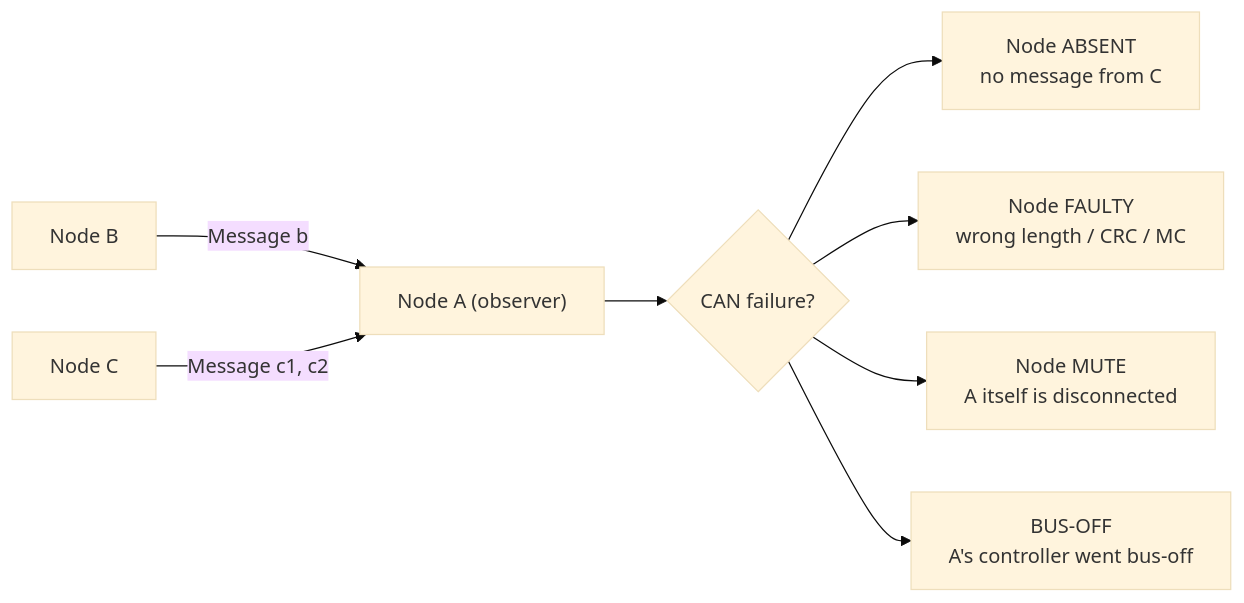
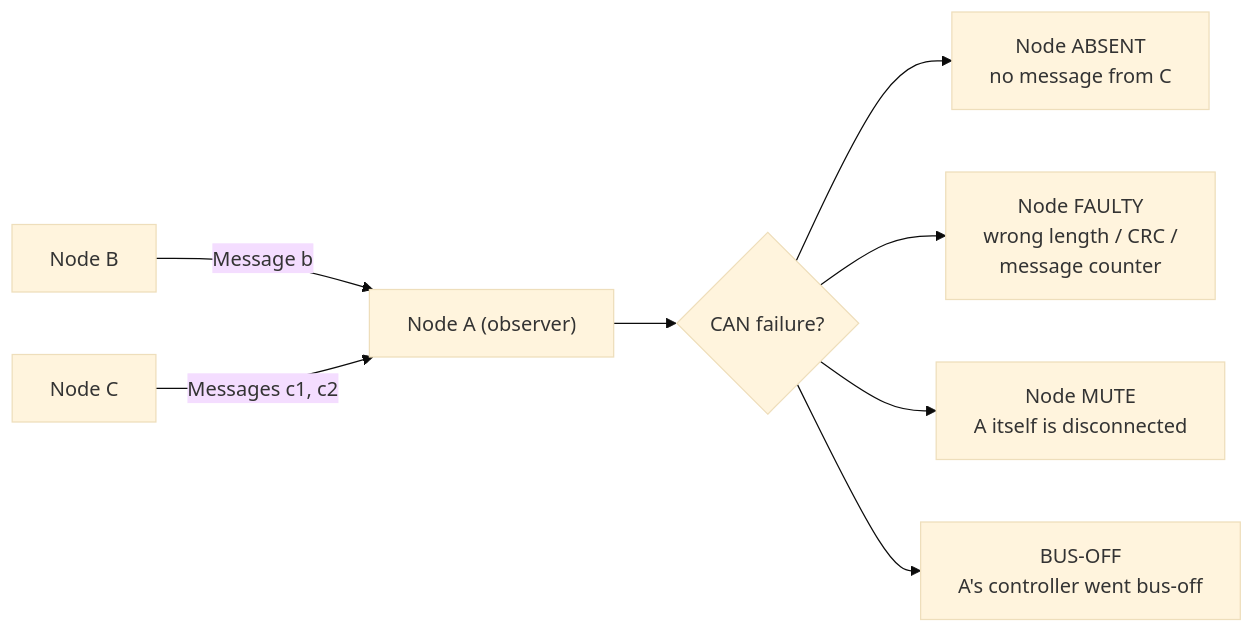
The second of 5 diagrams in wiki/articles/mil2/diagnosis/index.md (hackvoid/AIL), drawn with Mermaid (base theme) before and after one commit. The commit also changed other lines of this file and 172 other files, not shown here.

````diff
--- a/wiki/articles/mil2/diagnosis/index.md
+++ b/wiki/articles/mil2/diagnosis/index.md
@@ -95,10 +130,10 @@
 ```mermaid
 flowchart LR
     B["Node B"] -- "Message b" --> A["Node A (observer)"]
-    C["Node C"] -- "Message c1, c2" --> A
+    C["Node C"] -- "Messages c1, c2" --> A
     A --> D{"CAN failure?"}
     D --> E["Node ABSENT<br/>no message from C"]
-    D --> F["Node FAULTY<br/>wrong length / CRC / MC"]
+    D --> F["Node FAULTY<br/>wrong length / CRC /<br/>message counter"]
     D --> G["Node MUTE<br/>A itself is disconnected"]
     D --> H["BUS-OFF<br/>A's controller went bus-off"]
 ```
````
